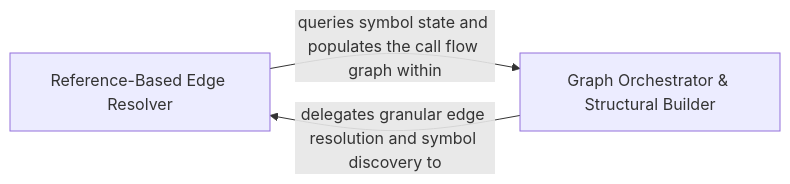
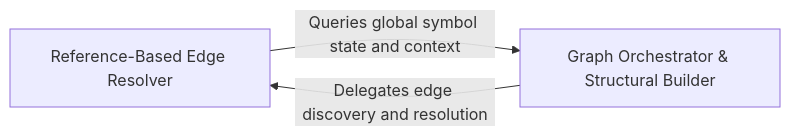
Before and after one commit to CodeBoarding/CodeBoarding: the diagram in .codeboarding/Static_Analysis_Engine_Edge_Resolver.md, drawn with Mermaid. The commit also changed other lines of this file and 24 other files, not shown here.

Commit message:
chore(codeboarding): sync architecture baseline

````diff
--- a/.codeboarding/Static_Analysis_Engine_Edge_Resolver.md
+++ b/.codeboarding/Static_Analysis_Engine_Edge_Resolver.md
@@ -1,7 +1,7 @@
 ```mermaid
 graph LR
     Reference_Based_Edge_Resolver["Reference-Based Edge Resolver"]
     Graph_Orchestrator_Structural_Builder["Graph Orchestrator & Structural Builder"]
-    Reference_Based_Edge_Resolver -- "queries symbol state and populates the call flow graph within" --> Graph_Orchestrator_Structural_Builder
-    Graph_Orchestrator_Structural_Builder -- "delegates granular edge resolution and symbol discovery to" --> Reference_Based_Edge_Resolver
+    Reference_Based_Edge_Resolver -- "Queries global symbol state and context" --> Graph_Orchestrator_Structural_Builder
+    Graph_Orchestrator_Structural_Builder -- "Delegates edge discovery and resolution" --> Reference_Based_Edge_Resolver
 ```
````
